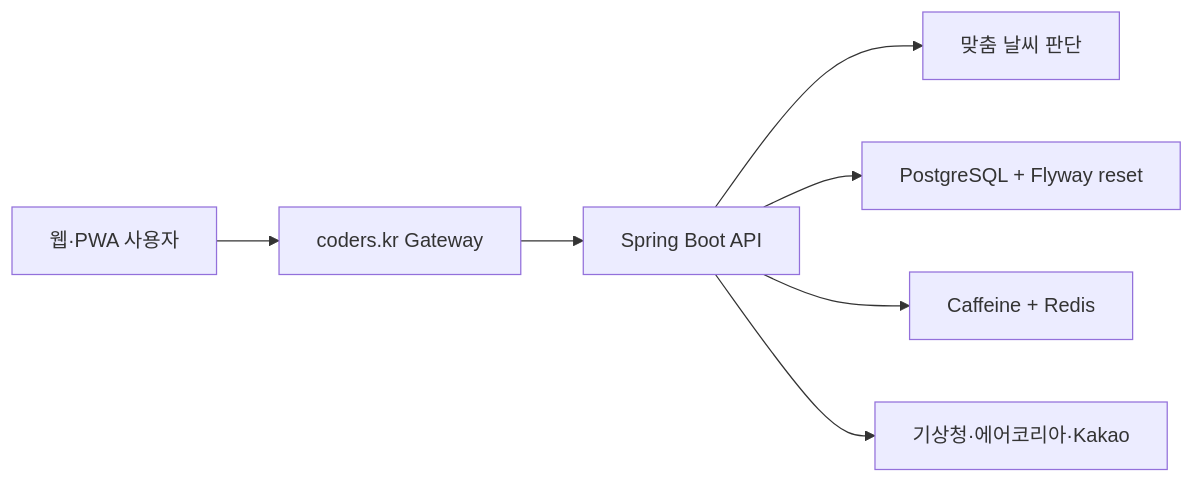
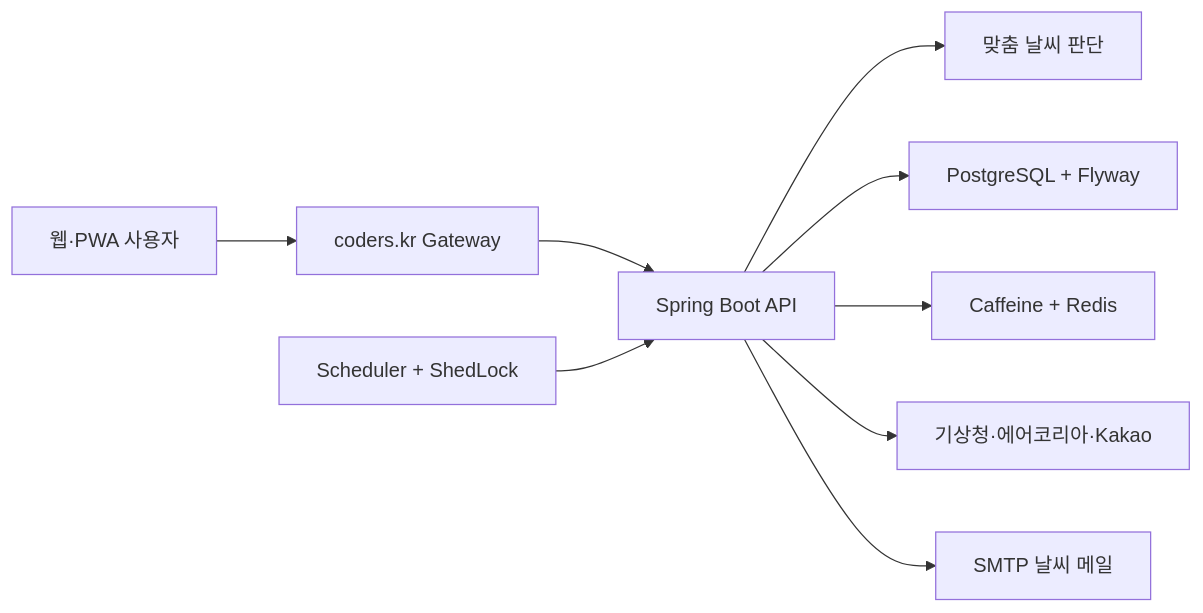
The diagram in README.md (boclair98/Weather), drawn with Mermaid before and after one commit. The commit also changed other lines of this file and 51 other files, not shown here.

````diff
--- a/README.md
+++ b/README.md
@@ -125,9 +136,11 @@
 ```mermaid
 flowchart LR
     U["웹·PWA 사용자"] --> G["coders.kr Gateway"]
     G --> A["Spring Boot API"]
     A --> D["맞춤 날씨 판단"]
-    A --> DB["PostgreSQL + Flyway reset"]
+    A --> DB["PostgreSQL + Flyway"]
     A --> C["Caffeine + Redis"]
     A --> K["기상청·에어코리아·Kakao"]
+    SCH["Scheduler + ShedLock"] --> A
+    A --> M["SMTP 날씨 메일"]
 ```
````
